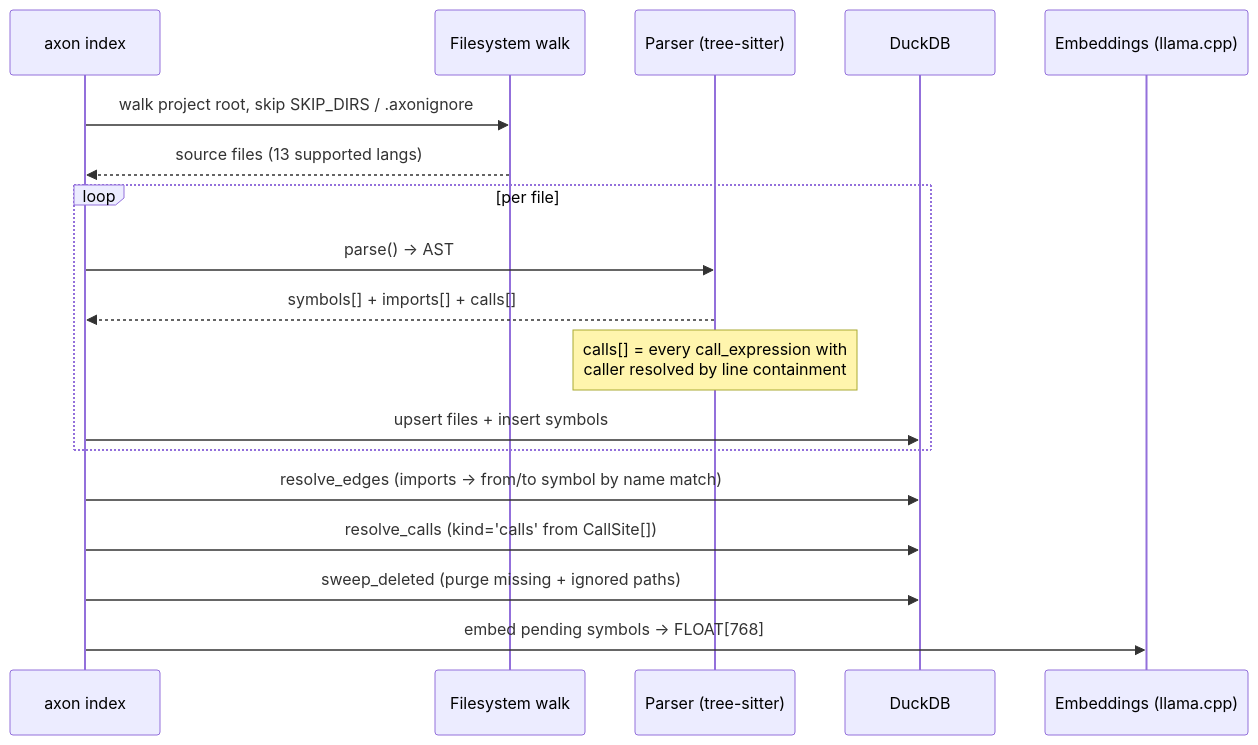
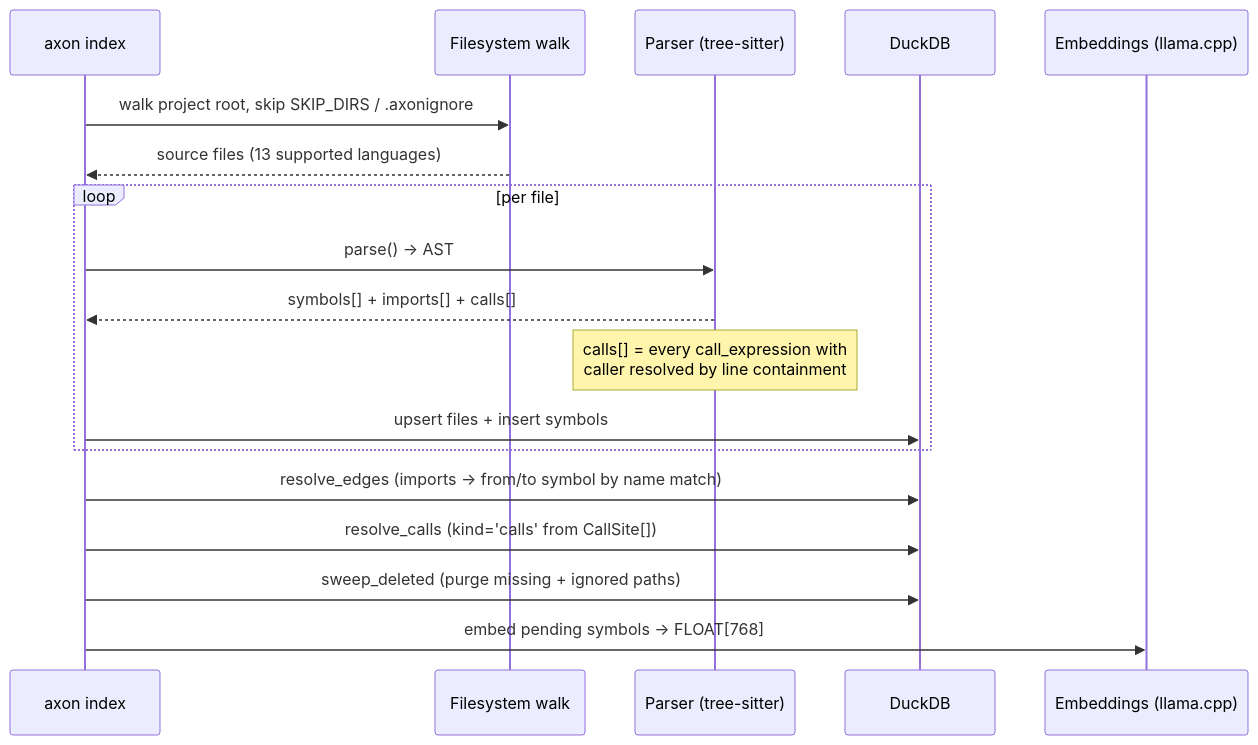
One commit to HideakiSolutions/axon changed the first of 2 diagrams in docs/en/architecture.md. Above: the diagram before and after it, drawn with Mermaid. The commit also changed other lines of this file and 7 other files, not shown here.

````diff
--- a/docs/en/architecture.md
+++ b/docs/en/architecture.md
@@ -32,21 +33,21 @@
 ```mermaid
 sequenceDiagram
     participant CLI as axon index
     participant W as Filesystem walk
     participant P as Parser (tree-sitter)
     participant DB as DuckDB
     participant E as Embeddings (llama.cpp)
 
     CLI->>W: walk project root, skip SKIP_DIRS / .axonignore
-    W-->>CLI: source files (13 supported langs)
+    W-->>CLI: source files (13 supported languages)
     loop per file
         CLI->>P: parse() → AST
         P-->>CLI: symbols[] + imports[] + calls[]
         Note over P: calls[] = every call_expression with<br/>caller resolved by line containment
         CLI->>DB: upsert files + insert symbols
     end
     CLI->>DB: resolve_edges (imports → from/to symbol by name match)
     CLI->>DB: resolve_calls (kind='calls' from CallSite[])
     CLI->>DB: sweep_deleted (purge missing + ignored paths)
     CLI->>E: embed pending symbols → FLOAT[768]
 ```
````
